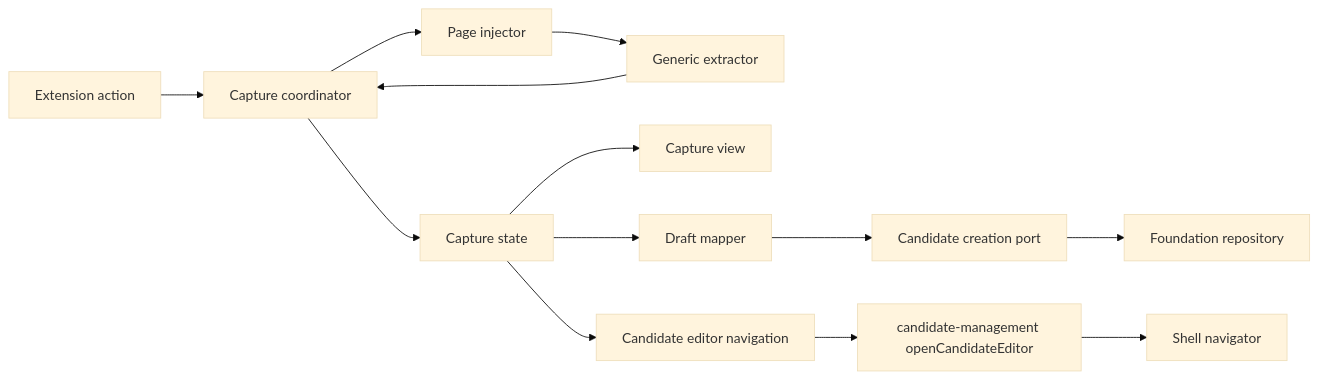
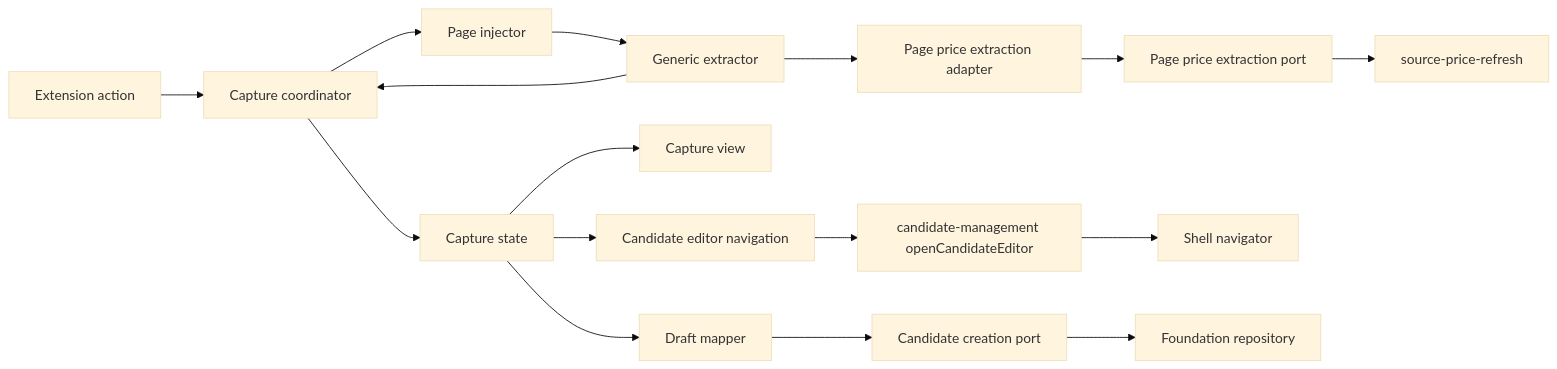
Before and after one commit to Huruikagi/pc-build-planner: the first of 3 diagrams in .kiro/specs/product-page-capture/design.md, drawn with Mermaid (base theme). The commit also changed other lines of this file and 27 other files, not shown here.

````diff
--- a/.kiro/specs/product-page-capture/design.md
+++ b/.kiro/specs/product-page-capture/design.md
@@ -59,15 +67,18 @@
 ```mermaid
 graph LR
     Action[Extension action] --> Coordinator[Capture coordinator]
     Coordinator --> Injector[Page injector]
     Injector --> Extractor[Generic extractor]
     Extractor --> Coordinator
+    Extractor --> PriceAdapter[Page price extraction adapter]
+    PriceAdapter --> PricePort[Page price extraction port]
+    PricePort --> PriceConsumer[source-price-refresh]
     Coordinator --> State[Capture state]
     State --> View[Capture view]
     State --> Mapper[Draft mapper]
     Mapper --> Port[Candidate creation port]
     State --> Editor[Candidate editor navigation]
     Editor --> OpenEditor[candidate-management openCandidateEditor]
     OpenEditor --> Navigator[Shell navigator]
     Port --> Repo[Foundation repository]
 ```
````
